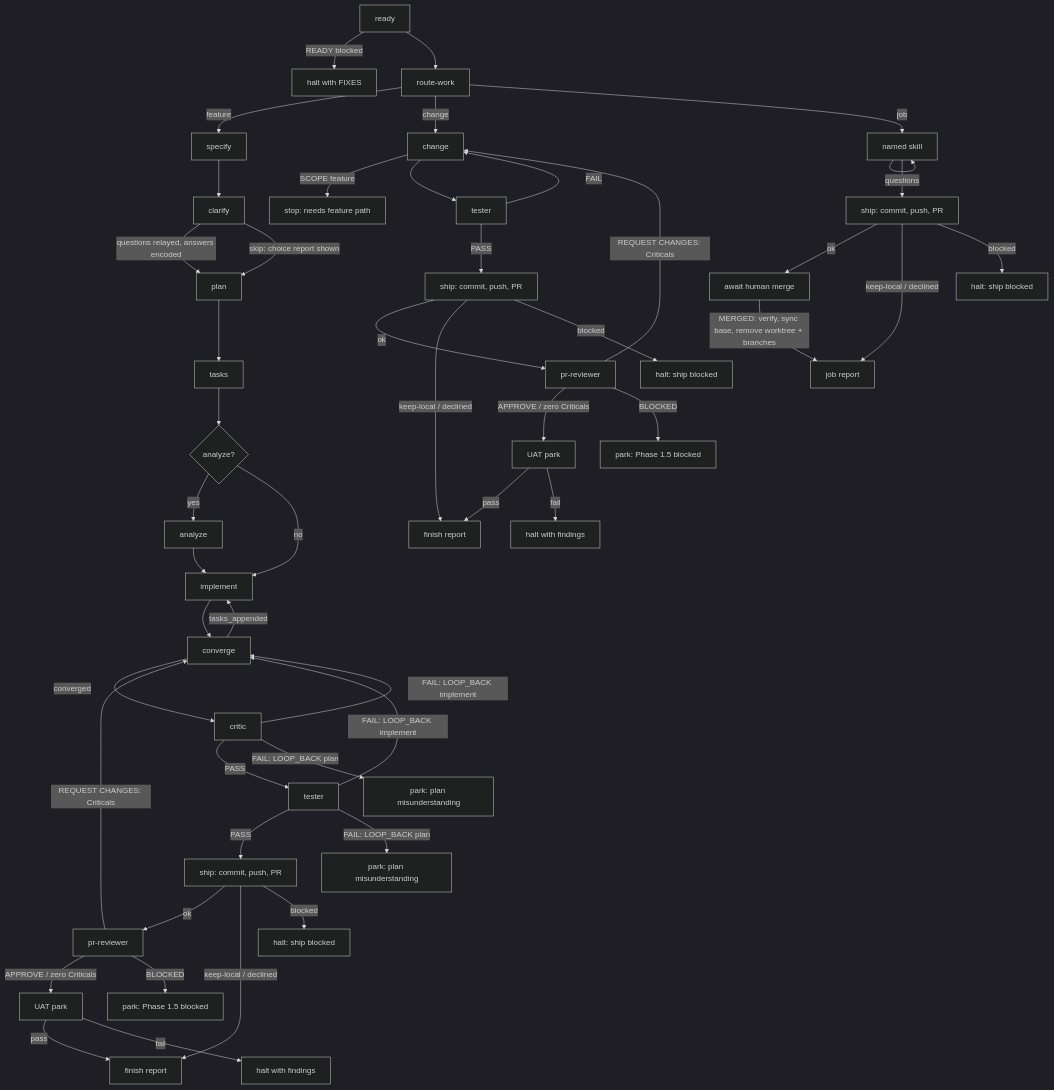
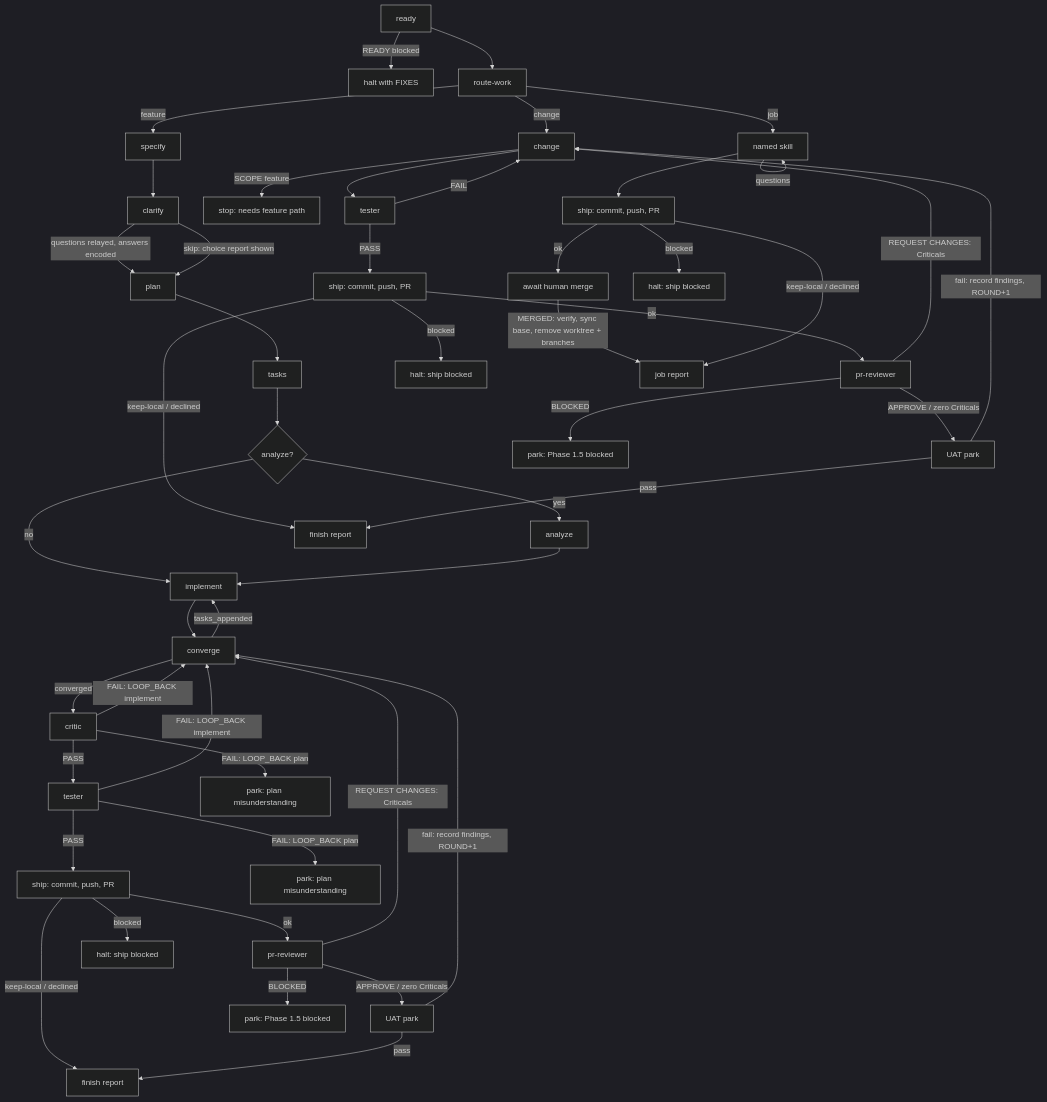
One commit to emadpoursina/agenticCoding changed the diagram in AiNative/docs/agents/speckit-orchestrate/SKILL.md. Above: the diagram before and after it, drawn with Mermaid (dark theme). The commit also changed other lines of this file and 1 other file, not shown here.

First line of the commit message:
docs(speckit): loop back on UAT fail instead of halting

````diff
--- a/AiNative/docs/agents/speckit-orchestrate/SKILL.md
+++ b/AiNative/docs/agents/speckit-orchestrate/SKILL.md
@@ -344,54 +344,54 @@
 ```mermaid
 flowchart TD
   ready[ready] -->|READY blocked| haltReady[halt with FIXES]
   ready --> route[route-work]
   route -->|feature| specify[specify]
   route -->|change| change[change]
   route -->|job| job[named skill]
 
   specify --> clarify[clarify]
   clarify -->|questions relayed, answers encoded| plan[plan]
   clarify -->|skip: choice report shown| plan
   plan --> tasks[tasks]
   tasks --> analyze{analyze?}
   analyze -->|yes| analyzeRun[analyze]
   analyze -->|no| impl[implement]
   analyzeRun --> impl
   impl --> conv[converge]
   conv -->|tasks_appended| impl
   conv -->|converged| critic[critic]
   critic -->|PASS| tester[tester]
   critic -->|FAIL: LOOP_BACK implement| conv
   critic -->|FAIL: LOOP_BACK plan| haltCritic[park: plan misunderstanding]
   tester -->|PASS| featureShip[ship: commit, push, PR]
   tester -->|FAIL: LOOP_BACK implement| conv
   tester -->|FAIL: LOOP_BACK plan| haltTester[park: plan misunderstanding]
   featureShip -->|ok| featureReview[pr-reviewer]
   featureShip -->|keep-local / declined| featureDone[finish report]
   featureShip -->|blocked| featureShipHalt[halt: ship blocked]
   featureReview -->|APPROVE / zero Criticals| featureUat[UAT park]
   featureReview -->|REQUEST CHANGES: Criticals| conv
   featureReview -->|BLOCKED| haltReview[park: Phase 1.5 blocked]
   featureUat -->|pass| featureDone
-  featureUat -->|fail| featureHalt[halt with findings]
+  featureUat -->|fail: record findings, ROUND+1| conv
 
   change -->|SCOPE feature| haltScope[stop: needs feature path]
   change --> changeTester[tester]
   changeTester -->|FAIL| change
   changeTester -->|PASS| changeShip[ship: commit, push, PR]
   changeShip -->|ok| changeReview[pr-reviewer]
   changeShip -->|keep-local / declined| changeDone[finish report]
   changeShip -->|blocked| changeShipHalt[halt: ship blocked]
   changeReview -->|APPROVE / zero Criticals| changeUat[UAT park]
   changeReview -->|REQUEST CHANGES: Criticals| change
   changeReview -->|BLOCKED| haltChangeReview[park: Phase 1.5 blocked]
   changeUat -->|pass| changeDone
-  changeUat -->|fail| changeHalt[halt with findings]
+  changeUat -->|fail: record findings, ROUND+1| change
 
   job -->|questions| job
   job --> publish[ship: commit, push, PR]
   publish -->|ok| jobMerge[await human merge]
   jobMerge -->|MERGED: verify, sync base, remove worktree + branches| jobDone[job report]
   publish -->|keep-local / declined| jobDone
   publish -->|blocked| jobShipHalt[halt: ship blocked]
 ```
````
